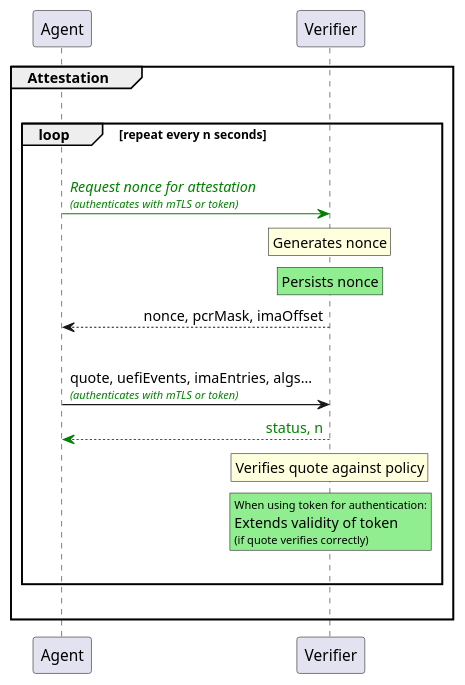
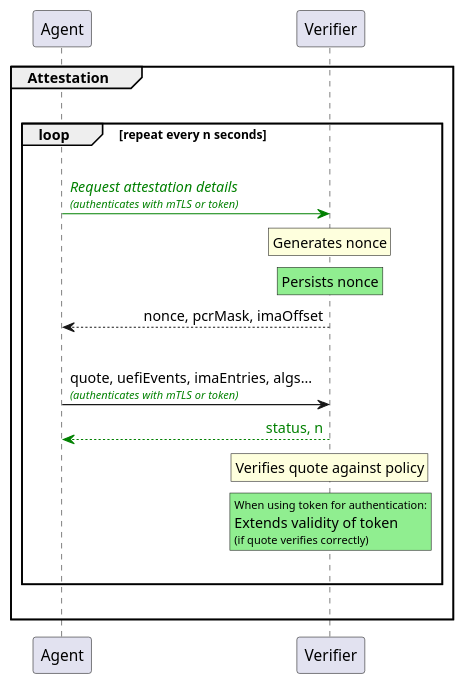
One commit to stringlytyped/keylime-push-proposal changed the diagram in diagrams/attestation_push.iuml. Above: the diagram before and after it, drawn with PlantUML.

Commit message:
Small change to push attestation diagram

```diff
--- a/diagrams/attestation_push.iuml
+++ b/diagrams/attestation_push.iuml
@@ -1,32 +1,32 @@
 @startuml
 participant Agent
 participant Verifier
 
 skinparam sequenceMessageAlign direction
 skinparam responseMessageBelowArrow true
 
 group Attestation
    |||
 
    loop repeat every n seconds
        |||
 
-       Agent -[#green]> Verifier: <color green>//Request nonce for attestation//</color>\n<color green><size:10>//(authenticates with mTLS or token)//</size></color>
+       Agent -[#green]> Verifier: <color green>//Request attestation details//</color>\n<color green><size:10>//(authenticates with mTLS or token)//</size></color>
        rnote over Verifier: Generates nonce
        rnote over Verifier #lightgreen: Persists nonce
        Verifier --> Agent: nonce, pcrMask, imaOffset
        
        |||
 
        Agent -> Verifier: quote, uefiEvents, imaEntries, algs...\n<color green><size:10>//(authenticates with mTLS or token)//</size></color>
        Verifier --[#green]> Agent: <color green>status, n</color>
 
        rnote over Verifier: Verifies quote against policy
        rnote over Verifier #lightgreen: <size:10>When using token for authentication:</size>\nExtends validity of token \n<size:10>(if quote verifies correctly)</size>
 
        |||
    end
 
    |||
 end
 @enduml
```
